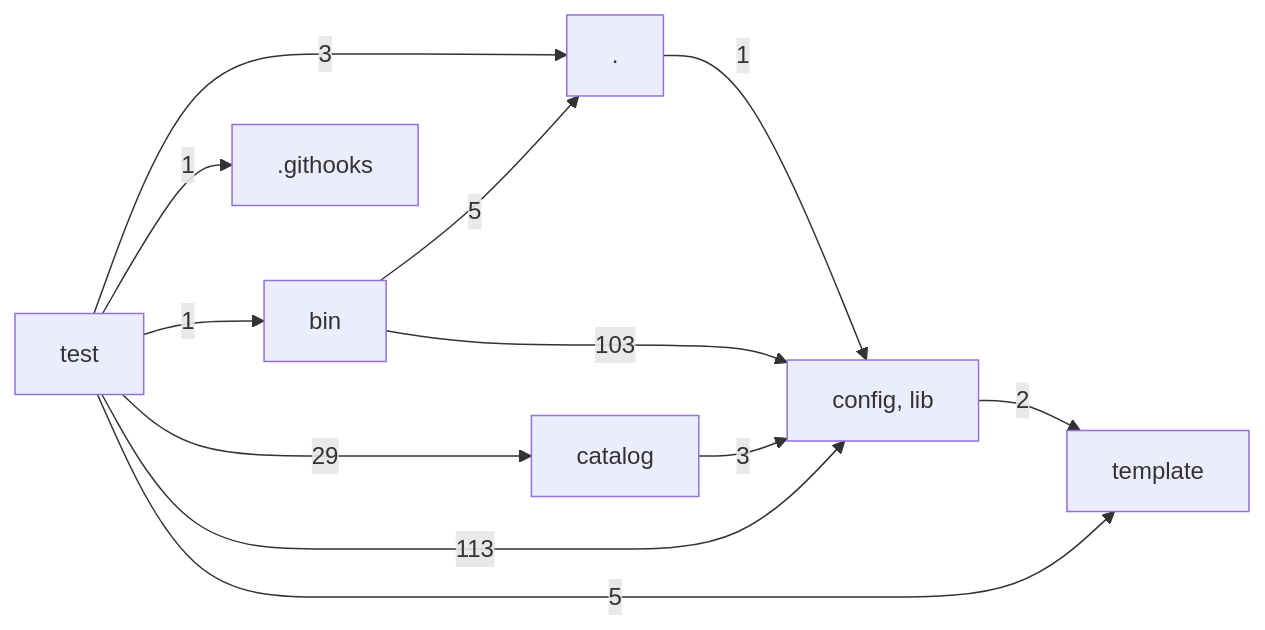
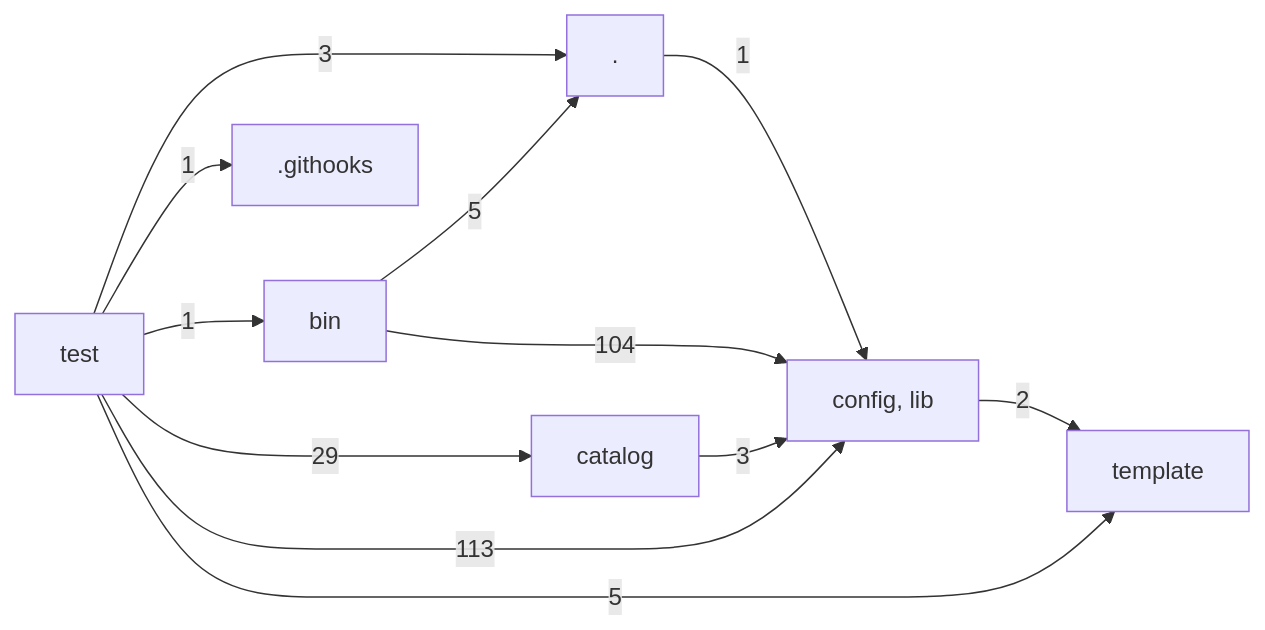
One commit to hackersandwizards/scaffolding changed the diagram in docs/architecture/layers.md. Above: the diagram before and after it, drawn with Mermaid. The commit also changed 3 other files, not shown here.

````diff
--- a/docs/architecture/layers.md
+++ b/docs/architecture/layers.md
@@ -3,21 +3,21 @@
 ```mermaid
 graph LR
   L0["."]
   L1[".githooks"]
   L2["bin"]
   L3["catalog"]
   L4["config, lib"]
   L5["template"]
   L6["test"]
   L0 -->|1| L4
   L2 -->|5| L0
-  L2 -->|103| L4
+  L2 -->|104| L4
   L3 -->|3| L4
   L4 -->|2| L5
   L6 -->|3| L0
   L6 -->|1| L1
   L6 -->|1| L2
   L6 -->|29| L3
   L6 -->|113| L4
   L6 -->|5| L5
 ```
````
